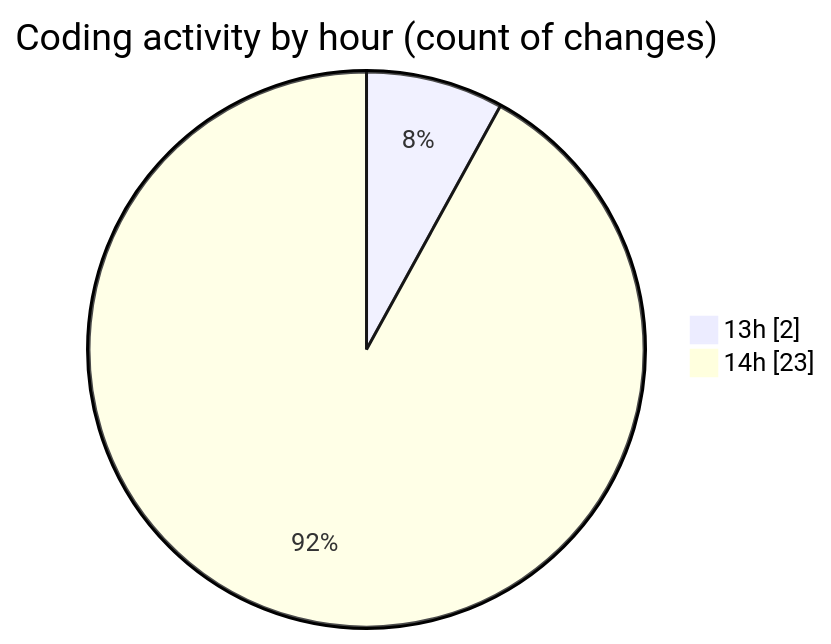
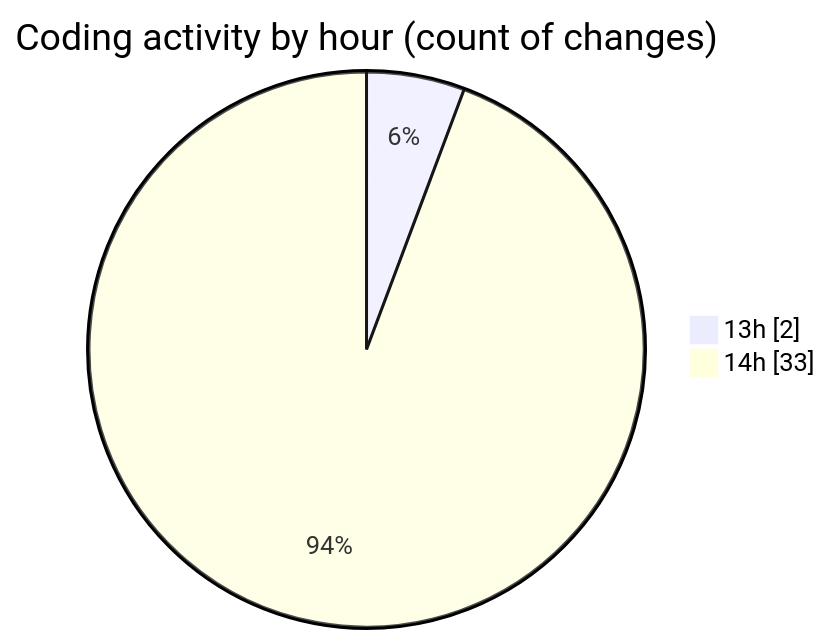
One commit to nxtqubesakshisongat/code-tracking changed the second of 2 diagrams in 2025-05-31/nxtqube_webapp/README.md. Above: the diagram before and after it, drawn with Mermaid. The commit also changed other lines of this file and 1 other file, not shown here.

````diff
--- a/2025-05-31/nxtqube_webapp/README.md
+++ b/2025-05-31/nxtqube_webapp/README.md
@@ -32,6 +32,6 @@
 ```mermaid
 pie showData
 title Coding activity by hour (count of changes)
 "13h" : 2
-"14h" : 23
+"14h" : 33
 ```
````
